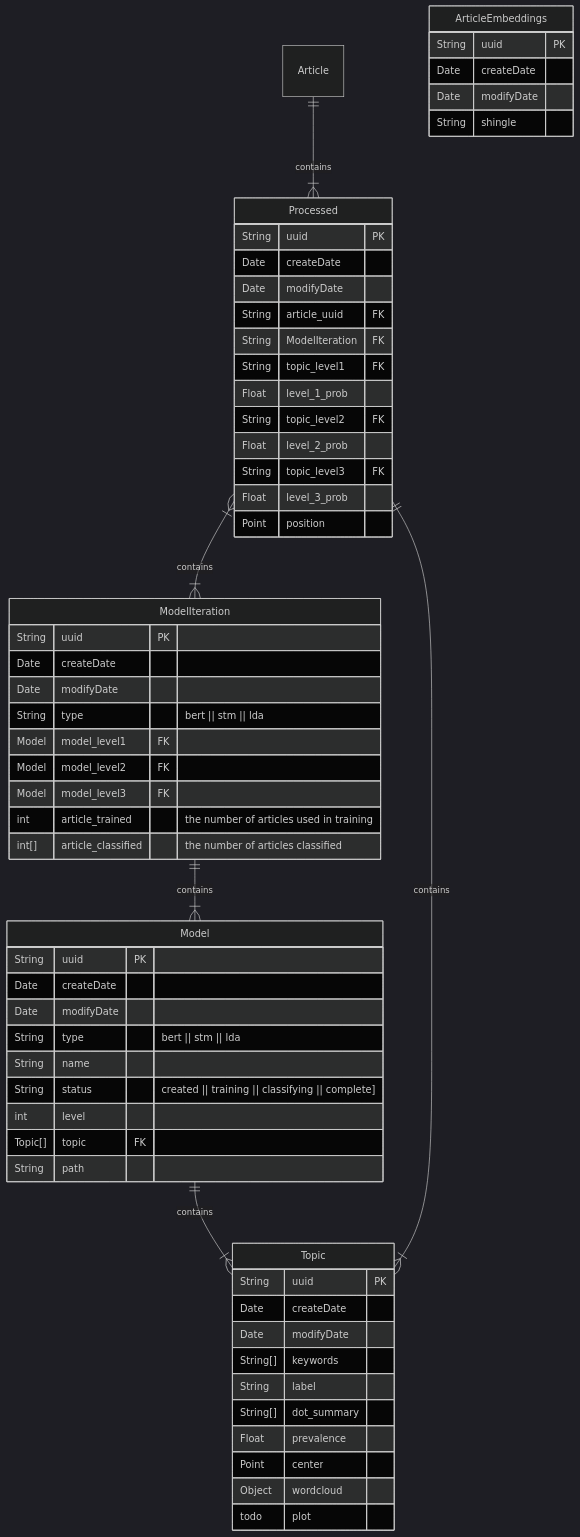
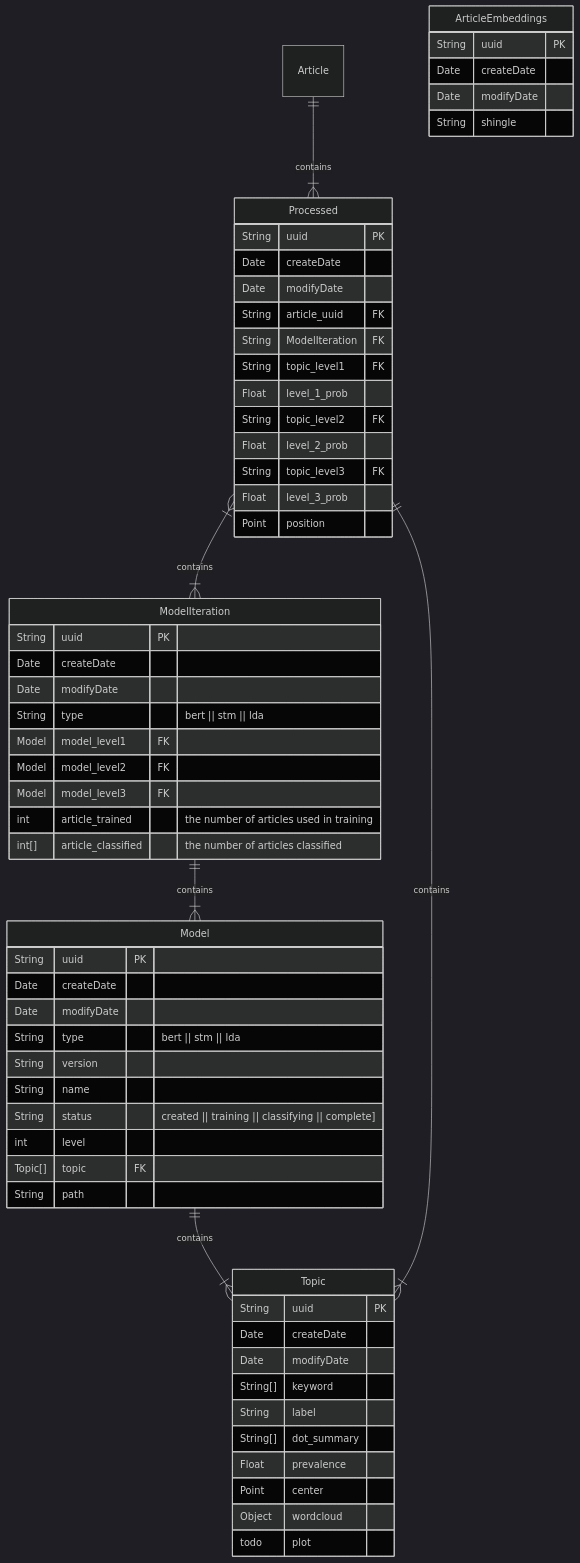
One commit to ResearchComputingServices/maple changed the diagram in docs/project_design/README.md. Above: the diagram before and after it, drawn with Mermaid (dark theme).

Commit message:
Updates to project design README.md

````diff
--- a/docs/project_design/README.md
+++ b/docs/project_design/README.md
@@ -12,67 +12,68 @@
 ```mermaid
 erDiagram
     ModelIteration ||--|{Model: contains
     Model ||--|{Topic : contains
     Processed }|--|{ ModelIteration : contains
     Processed ||--|{ Topic: contains
     Article ||--|{ Processed: contains
     ModelIteration {
         String uuid PK
         Date createDate
         Date modifyDate
         String type "bert || stm || lda"
         Model model_level1 FK
         Model model_level2 FK
         Model model_level3 FK
         int article_trained "the number of articles used in training"
         int[] article_classified "the number of articles classified"
     }
 
     Model{
         String uuid PK
         Date createDate
         Date modifyDate
         String type "bert || stm || lda"
+        String version
         String name
         String status "created || training || classifying || complete]"
         int level
         Topic[] topic FK
         String path
     }
 
     Topic{
         String uuid PK
         Date createDate
         Date modifyDate
-        String[] keywords
+        String[] keyword
         String label
         String[] dot_summary
         Float prevalence
         Point center
         Object wordcloud
         todo plot "<!-- plot over time, number of articles, sentiment around it. -->"
     }
 
     Processed {
         String uuid PK
         Date createDate
         Date modifyDate
         String article_uuid FK
         String ModelIteration FK
         String topic_level1 FK
         Float level_1_prob
         String topic_level2 FK
         Float level_2_prob
         String topic_level3 FK
         Float level_3_prob
         Point position
     }
 
     ArticleEmbeddings {
         String uuid PK
         Date createDate
         Date modifyDate
         String shingle
 
     }
 ```
````
